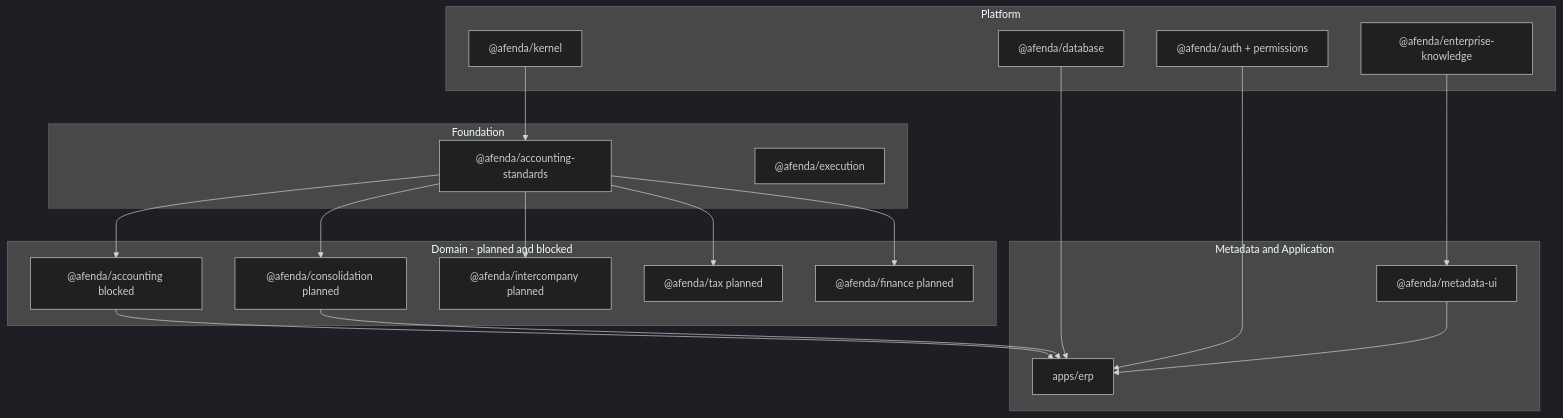
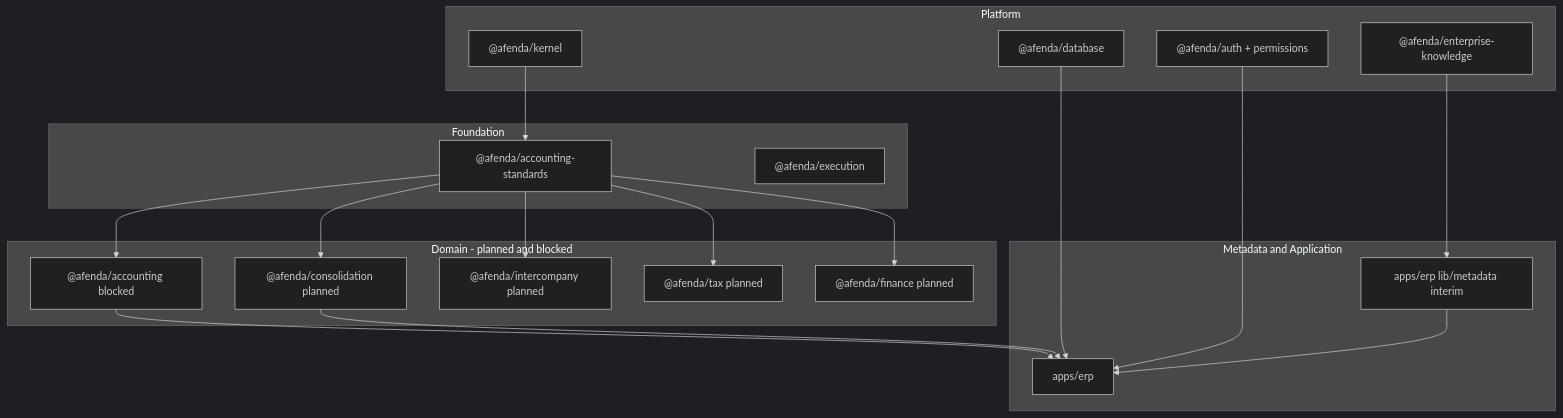
The diagram in docs/architecture/afenda-architecture-blueprint.md (pohlai88/afenda-Xerp), drawn with Mermaid (dark theme) before and after one commit. The commit also changed other lines of this file and 136 other files, not shown here.

````diff
--- a/docs/architecture/afenda-architecture-blueprint.md
+++ b/docs/architecture/afenda-architecture-blueprint.md
@@ -178,40 +178,40 @@
 ```mermaid
 flowchart TB
   subgraph platform [Platform]
     Kernel["@afenda/kernel"]
     Knowledge["@afenda/enterprise-knowledge"]
     Auth["@afenda/auth + permissions"]
     Database["@afenda/database"]
   end
 
   subgraph foundation [Foundation]
     AcctStd["@afenda/accounting-standards"]
     Execution["@afenda/execution"]
   end
 
   subgraph domain [Domain - planned and blocked]
     Accounting["@afenda/accounting blocked"]
     Consolidation["@afenda/consolidation planned"]
     Intercompany["@afenda/intercompany planned"]
     Tax["@afenda/tax planned"]
     Finance["@afenda/finance planned"]
   end
 
   subgraph presentation [Metadata and Application]
-    MetadataUI["@afenda/metadata-ui"]
+    ErpMetadata["apps/erp lib/metadata interim"]
     ERP["apps/erp"]
   end
 
   Kernel --> AcctStd
-  Knowledge --> MetadataUI
+  Knowledge --> ErpMetadata
   AcctStd --> Accounting
   AcctStd --> Consolidation
   AcctStd --> Intercompany
   AcctStd --> Tax
   AcctStd --> Finance
   Accounting --> ERP
   Consolidation --> ERP
   Database --> ERP
   Auth --> ERP
-  MetadataUI --> ERP
+  ErpMetadata --> ERP
 ```
````
